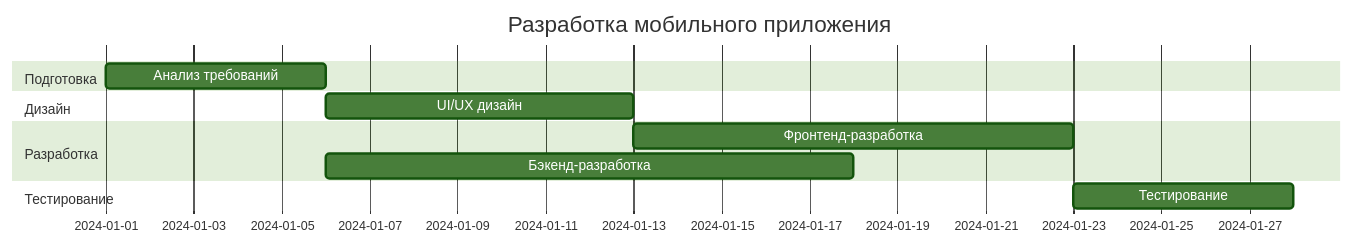
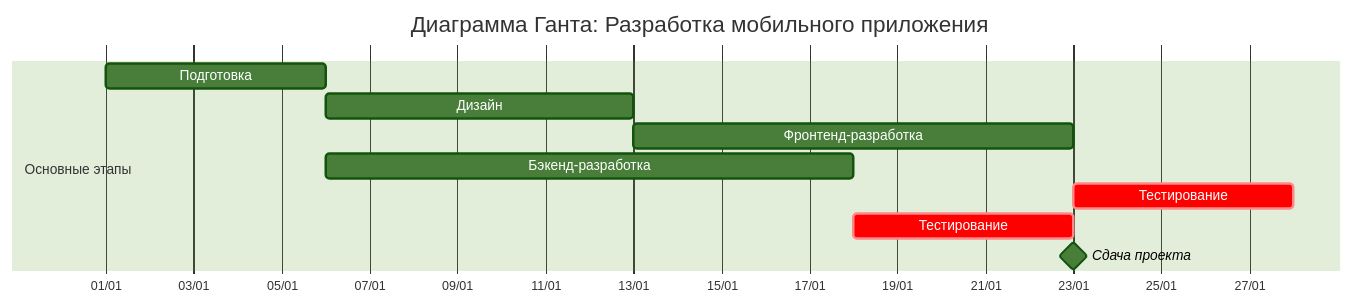
Before and after one commit to Evgeny65ok/mermaid-diagrams: the fourth of 11 diagrams in README.md, drawn with Mermaid (forest theme). The commit also changed other lines of this file, not shown here.

Commit message:
Обновил диаграммы

````diff
--- a/README.md
+++ b/README.md
@@ -75,14 +76,15 @@
 ```mermaid
 gantt
-    title Разработка мобильного приложения
-    dateFormat YYYY-MM-DD
-    section Подготовка
-    Анализ требований :a1, 2024-01-01, 5d
-    section Дизайн
-    UI/UX дизайн :a2, after a1, 7d
-    section Разработка
-    Фронтенд-разработка :a3, after a2, 10d
-    Бэкенд-разработка :a4, after a1, 12d
-    section Тестирование
-    Тестирование :a5, after a3 a4, 5d
+    title Диаграмма Ганта: Разработка мобильного приложения
+    dateFormat  YYYY-MM-DD
+    axisFormat  %d/%m
+    
+    section Основные этапы
+    Подготовка           :a1, 2024-01-01, 5d
+    Дизайн               :a2, after a1, 7d
+    Фронтенд-разработка  :a3, after a2, 10d
+    Бэкенд-разработка    :a4, after a1, 12d
+    Тестирование         :crit, a5, after a3, 5d
+    Тестирование         :crit, a5, after a4, 5d
+    Сдача проекта        :milestone, m1, after a5, 0d
 ```
````
